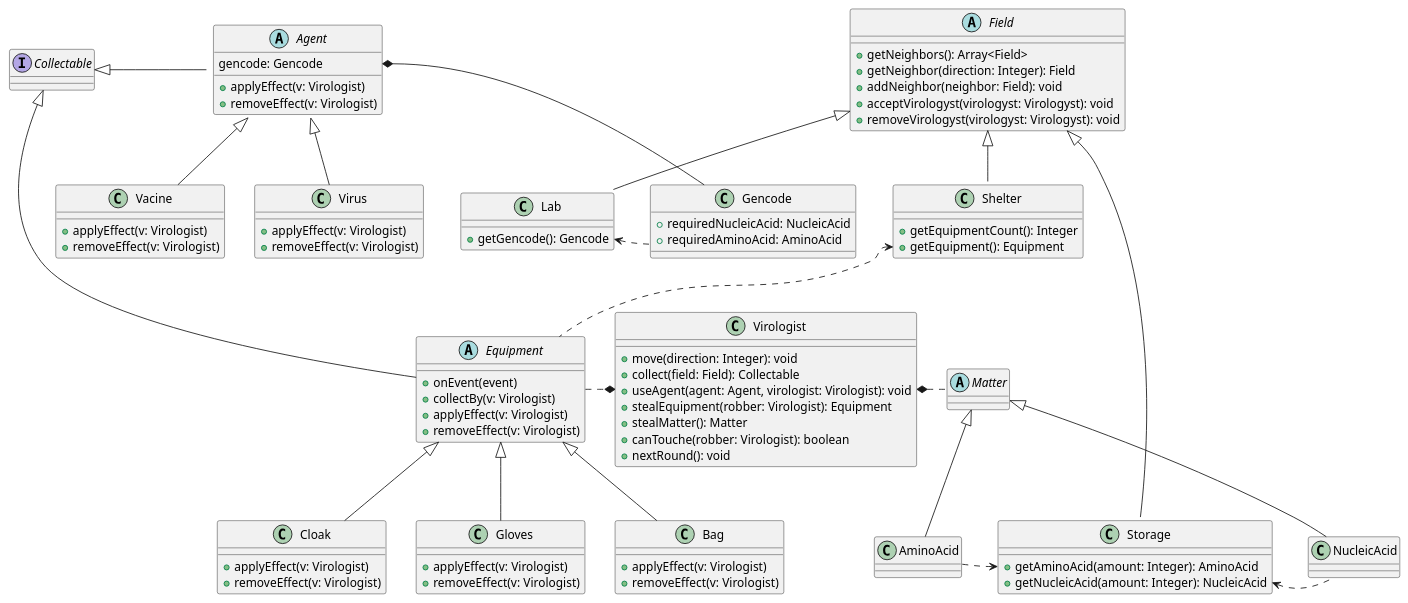
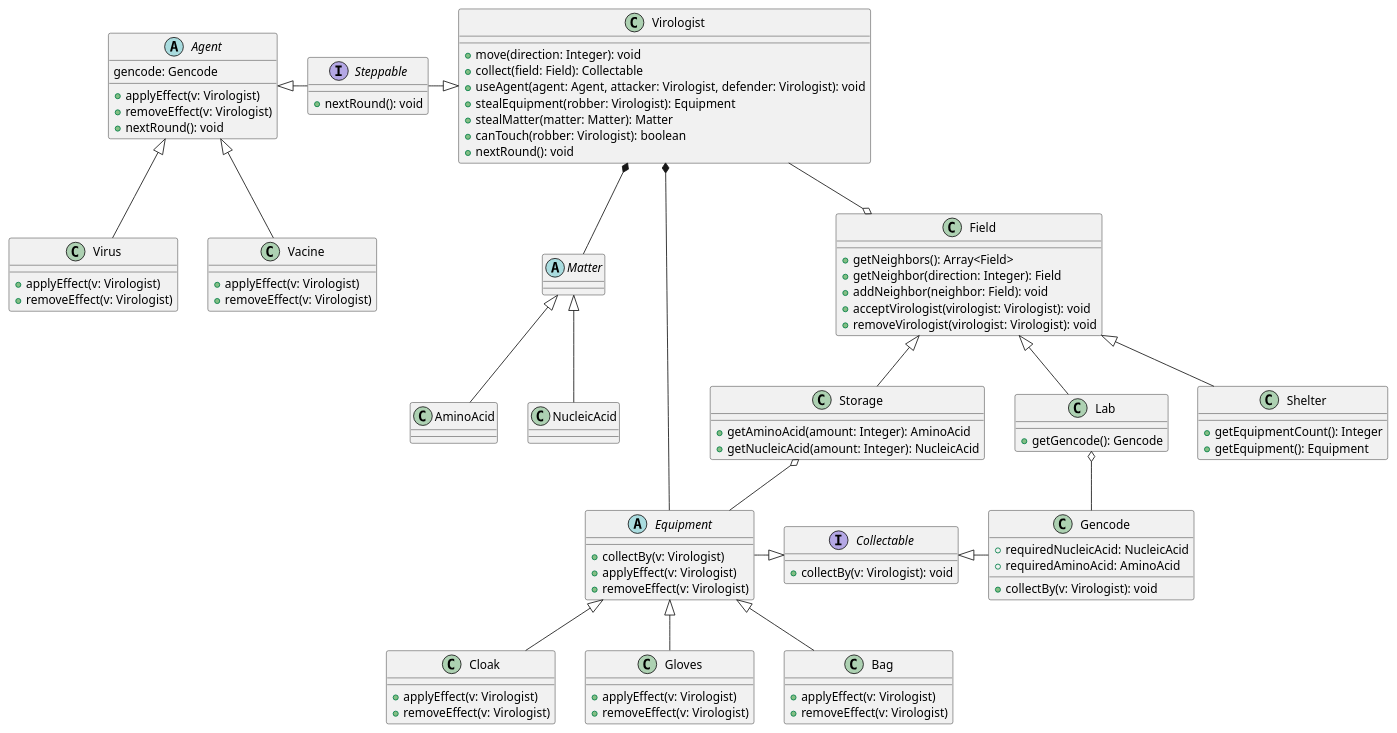
One commit to Projlab-csb/projlab-virologus changed the diagram in class-diagram/main-diagram.puml. Above: the diagram before and after it, drawn with PlantUML. The commit also changed 1 other file, not shown here.

Commit message:
[wip]: Refactor class diagram

```diff
--- a/class-diagram/main-diagram.puml
+++ b/class-diagram/main-diagram.puml
@@ -1,115 +1,120 @@
 @startuml
 
-abstract class Field{
+interface Steppable{
+    'Invoked at the start of the next Round eg. reduce the Agent's lifetime
+    +nextRound(): void
+}
+
+interface Collectable{
+    +collectBy(v: Virologist): void
+}
+
+class Field{
  +getNeighbors(): Array<Field>
  +getNeighbor(direction: Integer): Field
  +addNeighbor(neighbor: Field): void
- +acceptVirologyst(virologyst: Virologyst): void
- +removeVirologyst(virologyst: Virologyst): void
+ +acceptVirologist(virologist: Virologist): void
+ +removeVirologist(virologist: Virologist): void
 }
 
 class Lab{
     +getGencode(): Gencode
 }
 class Storage{
     +getAminoAcid(amount: Integer): AminoAcid
     +getNucleicAcid(amount: Integer): NucleicAcid
 }
 class Shelter{
     +getEquipmentCount(): Integer
     +getEquipment(): Equipment
 }
 
-Lab::getGencode <. Gencode
-Storage::getAminoAcid <.l AminoAcid
-Storage::getNucleicAcid <.r NucleicAcid
-Shelter::getEquipment <.. Equipment
-
-Field <|-- Lab
-Field <|-- Storage
-Field <|-- Shelter
-
 class Virologist {
     +move(direction: Integer): void
     +collect(field: Field): Collectable
-    +useAgent(agent: Agent, virologist: Virologist): void
+    +useAgent(agent: Agent, attacker: Virologist, defender: Virologist): void
     +stealEquipment(robber: Virologist): Equipment
-    +stealMatter(): Matter
-    +canTouche(robber: Virologist): boolean
-    'Invoked at the start of the next Round eg. reduce the Agent's lifetime
+    +stealMatter(matter: Matter): Matter
+    +canTouch(robber: Virologist): boolean
     +nextRound(): void
 }
-Virologist *.r. Matter
-Virologist *.l. Equipment
 
 abstract class Matter {
 
 }
 
 class AminoAcid
 class NucleicAcid
 
-Matter <|-- AminoAcid
-Matter <|-- NucleicAcid
-
 abstract class Equipment {
-    +onEvent(event)
     +collectBy(v: Virologist)
     +applyEffect(v: Virologist)
     +removeEffect(v: Virologist)
 }
 
 class Cloak{
     +applyEffect(v: Virologist)
     +removeEffect(v: Virologist)
 }
 
 class Gloves{
     +applyEffect(v: Virologist)
     +removeEffect(v: Virologist)
 }
 
 class Bag{
     +applyEffect(v: Virologist)
     +removeEffect(v: Virologist)
 }
 
-Equipment <|-- Cloak
-Equipment <|-- Gloves
-Equipment <|-- Bag
-
 abstract class Agent{
     gencode: Gencode
     +applyEffect(v: Virologist)
     +removeEffect(v: Virologist)
+    +nextRound(): void
 }
 
 class Virus{
     +applyEffect(v: Virologist)
     +removeEffect(v: Virologist)
 }
 class Vacine{
     +applyEffect(v: Virologist)
     +removeEffect(v: Virologist)
 }
 
-Agent <|-- Virus
-Agent <|-- Vacine
-
 'This Gencode is basically the crafting receipt of the Agent
 class Gencode {
     +requiredNucleicAcid: NucleicAcid
     +requiredAminoAcid: AminoAcid
+    +collectBy(v: Virologist): void
 }
 
-Agent::gencode *-- Gencode
+Field <|-- Lab
+Field <|-- Storage
+Field <|-- Shelter
 
-interface Collectable{
+Lab o-- Gencode
+Storage o-- Equipment
 
-}
+Virologist --o Field
+Virologist *-d- Matter
+Virologist *-d- Equipment
+Virologist <|-l Steppable
 
-Collectable<|- Agent
-Collectable <|- Equipment
+Matter <|-- AminoAcid
+Matter <|-- NucleicAcid
+
+Equipment <|-- Cloak
+Equipment <|-- Gloves
+Equipment <|-- Bag
+
+Agent <|- Steppable
+Agent <|-- Virus
+Agent <|-- Vacine
+
+Collectable<|- Gencode
+Collectable <|-l Equipment
 
 
 @enduml
```
